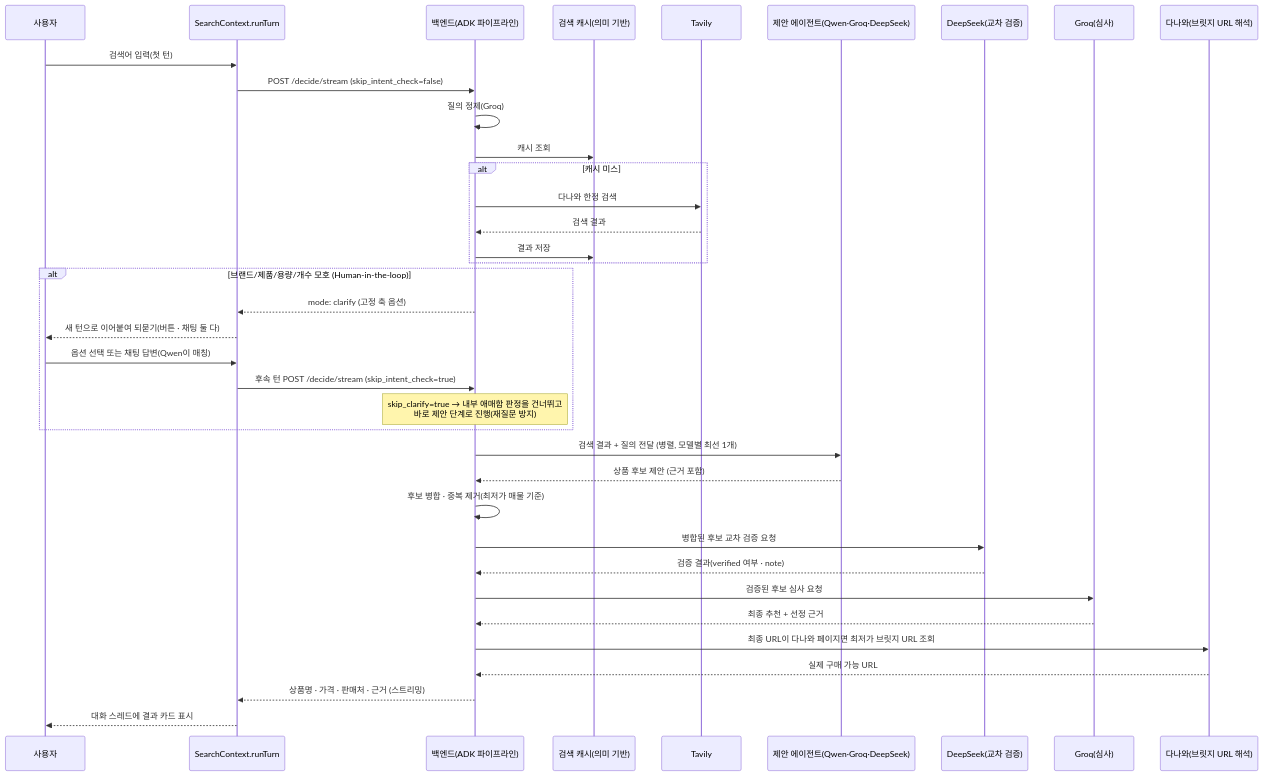
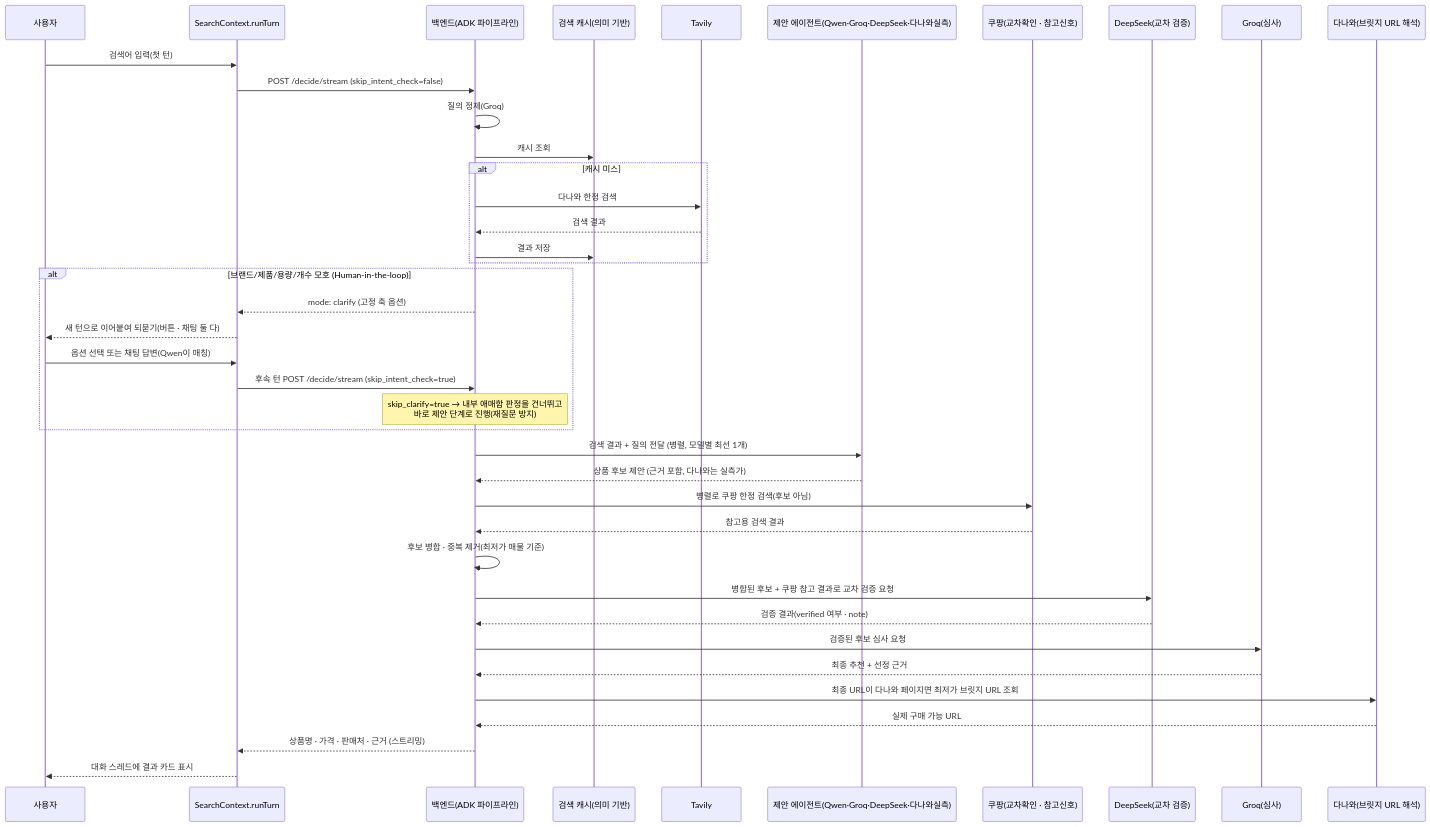
The second of 2 diagrams in README.md (Alpha-pick00/Alpha-pick00.github.io), drawn with Mermaid before and after one commit. The commit also changed other lines of this file, not shown here.

First line of the commit message:
README 최신화 - 두 mermaid 다이어그램/HITL 설명의 통합 후 구조 반영

````diff
--- a/README.md
+++ b/README.md
@@ -202,40 +206,43 @@
 ```mermaid
 sequenceDiagram
     participant U as 사용자
     participant CTX as SearchContext.runTurn
     participant B as 백엔드(ADK 파이프라인)
     participant Cache as 검색 캐시(의미 기반)
     participant T as Tavily
-    participant P as 제안 에이전트(Qwen·Groq·DeepSeek)
+    participant P as 제안 에이전트(Qwen·Groq·DeepSeek·다나와실측)
+    participant CP as 쿠팡(교차확인 · 참고신호)
     participant D as DeepSeek(교차 검증)
     participant J as Groq(심사)
     participant DW as 다나와(브릿지 URL 해석)
 
     U->>CTX: 검색어 입력(첫 턴)
     CTX->>B: POST /decide/stream (skip_intent_check=false)
     B->>B: 질의 정제(Groq)
     B->>Cache: 캐시 조회
     alt 캐시 미스
         B->>T: 다나와 한정 검색
         T-->>B: 검색 결과
         B->>Cache: 결과 저장
     end
     alt 브랜드/제품/용량/개수 모호 (Human-in-the-loop)
         B-->>CTX: mode: clarify (고정 축 옵션)
         CTX-->>U: 새 턴으로 이어붙여 되묻기(버튼 · 채팅 둘 다)
         U->>CTX: 옵션 선택 또는 채팅 답변(Qwen이 매칭)
         CTX->>B: 후속 턴 POST /decide/stream (skip_intent_check=true)
         Note over B: skip_clarify=true → 내부 애매함 판정을 건너뛰고<br/>바로 제안 단계로 진행(재질문 방지)
     end
     B->>P: 검색 결과 + 질의 전달 (병렬, 모델별 최선 1개)
-    P-->>B: 상품 후보 제안 (근거 포함)
+    P-->>B: 상품 후보 제안 (근거 포함, 다나와는 실측가)
+    B->>CP: 병렬로 쿠팡 한정 검색(후보 아님)
+    CP-->>B: 참고용 검색 결과
     B->>B: 후보 병합 · 중복 제거(최저가 매물 기준)
-    B->>D: 병합된 후보 교차 검증 요청
+    B->>D: 병합된 후보 + 쿠팡 참고 결과로 교차 검증 요청
     D-->>B: 검증 결과(verified 여부 · note)
     B->>J: 검증된 후보 심사 요청
     J-->>B: 최종 추천 + 선정 근거
     B->>DW: 최종 URL이 다나와 페이지면 최저가 브릿지 URL 조회
     DW-->>B: 실제 구매 가능 URL
     B-->>CTX: 상품명 · 가격 · 판매처 · 근거 (스트리밍)
     CTX-->>U: 대화 스레드에 결과 카드 표시
 ```
````
